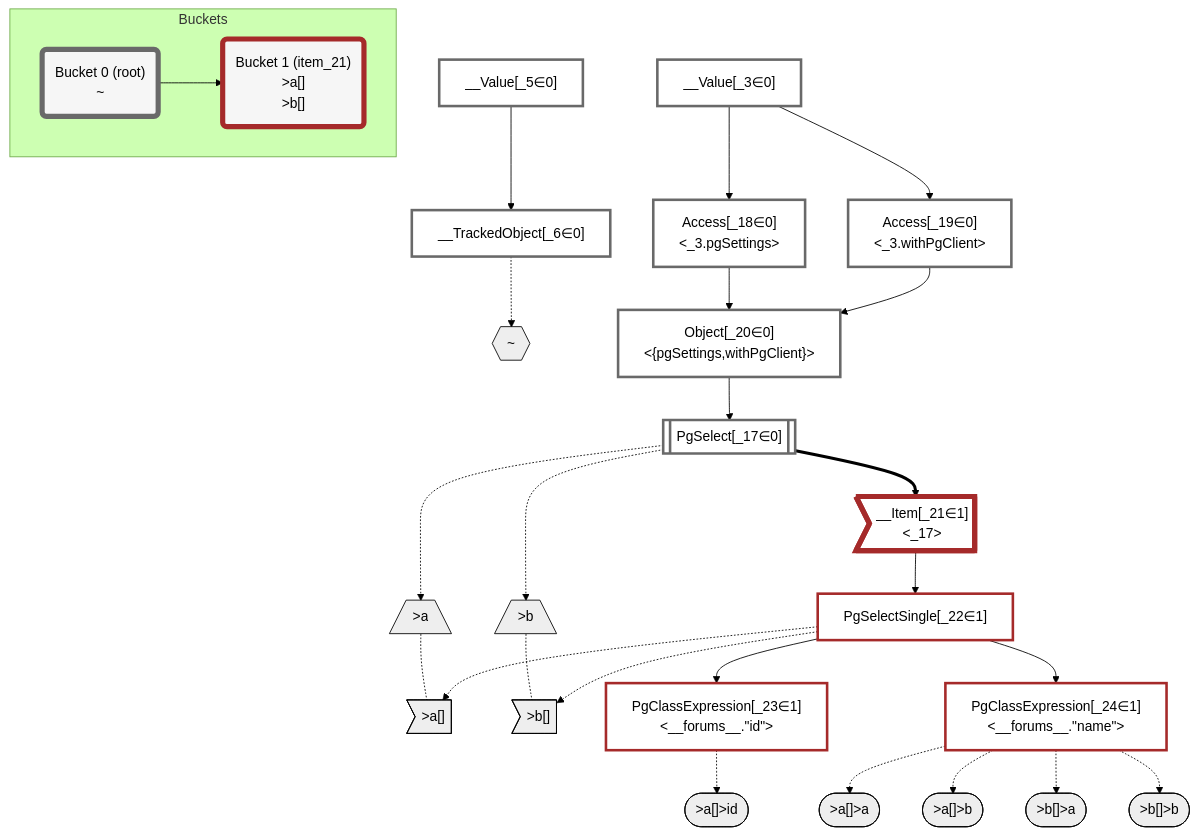
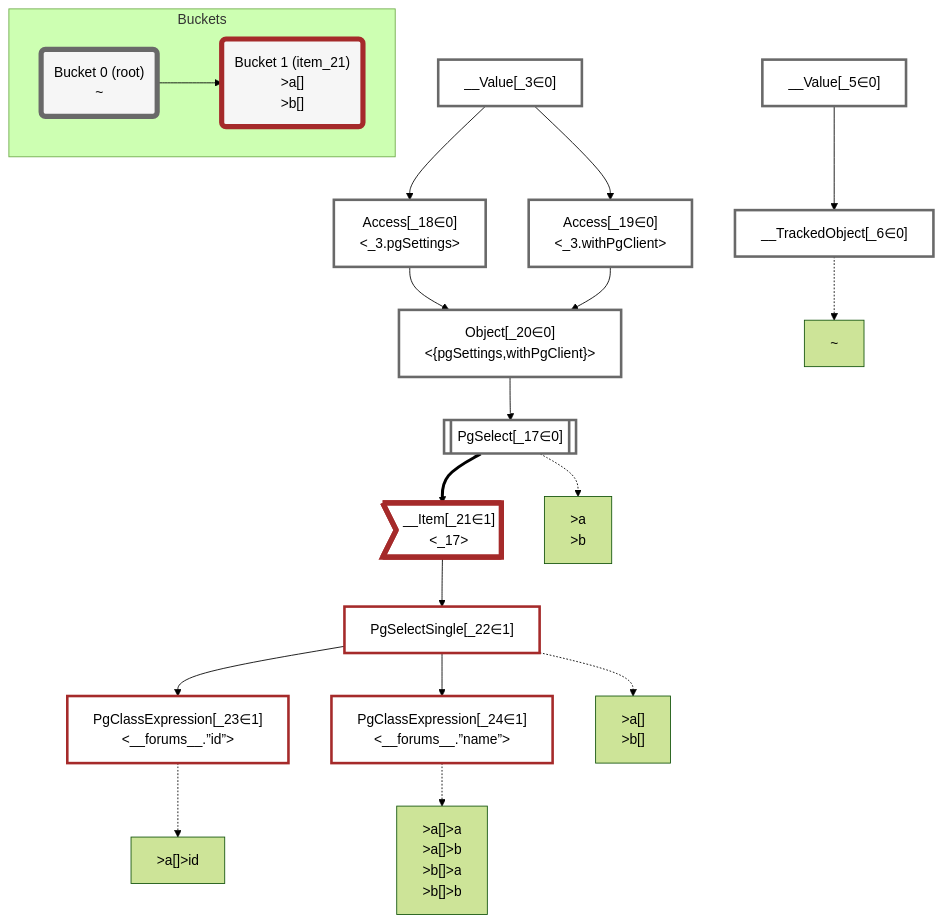
One commit to graphile/crystal changed the diagram in packages/dataplan-pg/__tests__/queries/super-simple/many-field-aliases-and-mismatched-fields.deopt.mermaid.md. Above: the diagram before and after it, drawn with Mermaid (forest theme). The commit also changed 195 other files, not shown here.

````diff
--- a/packages/dataplan-pg/__tests__/queries/super-simple/many-field-aliases-and-mismatched-fields.deopt.mermaid.md
+++ b/packages/dataplan-pg/__tests__/queries/super-simple/many-field-aliases-and-mismatched-fields.deopt.mermaid.md
@@ -1,81 +1,60 @@
 ```mermaid
 graph TD
     classDef path fill:#eee,stroke:#000,color:#000
     classDef plan fill:#fff,stroke-width:3px,color:#000
     classDef itemplan fill:#fff,stroke-width:6px,color:#000
     classDef sideeffectplan fill:#f00,stroke-width:6px,color:#000
     classDef bucket fill:#f6f6f6,color:#000,stroke-width:6px
 
-    %% subgraph fields
-    P1{{"~"}}:::path
-    P2[/">a"\]:::path
-    P3>">a[]"]:::path
-    P2 -.- P3
-    P4([">a[]>id"]):::path
-    %% P3 -.-> P4
-    P5([">a[]>a"]):::path
-    %% P3 -.-> P5
-    P6([">a[]>b"]):::path
-    %% P3 -.-> P6
-    %% P1 -.-> P2
-    P7[/">b"\]:::path
-    P8>">b[]"]:::path
-    P7 -.- P8
-    P9([">b[]>a"]):::path
-    %% P8 -.-> P9
-    P10([">b[]>b"]):::path
-    %% P8 -.-> P10
-    %% P1 -.-> P7
-    %% end
 
     %% define plans
     __Value_3["__Value[_3∈0]<br /><context>"]:::plan
     __Value_5["__Value[_5∈0]<br /><rootValue>"]:::plan
     __TrackedObject_6["__TrackedObject[_6∈0]"]:::plan
     PgSelect_17[["PgSelect[_17∈0]<br /><forums>"]]:::plan
     Access_18["Access[_18∈0]<br /><_3.pgSettings>"]:::plan
     Access_19["Access[_19∈0]<br /><_3.withPgClient>"]:::plan
     Object_20["Object[_20∈0]<br /><{pgSettings,withPgClient}>"]:::plan
     __Item_21>"__Item[_21∈1]<br /><_17>"]:::itemplan
     PgSelectSingle_22["PgSelectSingle[_22∈1]<br /><forums>"]:::plan
-    PgClassExpression_23["PgClassExpression[_23∈1]<br /><__forums__.#quot;id#quot;>"]:::plan
-    PgClassExpression_24["PgClassExpression[_24∈1]<br /><__forums__.#quot;name#quot;>"]:::plan
+    PgClassExpression_23["PgClassExpression[_23∈1]<br /><__forums__.”id”>"]:::plan
+    PgClassExpression_24["PgClassExpression[_24∈1]<br /><__forums__.”name”>"]:::plan
 
     %% plan dependencies
     __Value_5 --> __TrackedObject_6
     Object_20 --> PgSelect_17
     __Value_3 --> Access_18
     __Value_3 --> Access_19
     Access_18 --> Object_20
     Access_19 --> Object_20
     PgSelect_17 ==> __Item_21
     __Item_21 --> PgSelectSingle_22
     PgSelectSingle_22 --> PgClassExpression_23
     PgSelectSingle_22 --> PgClassExpression_24
 
     %% plan-to-path relationships
+    P1["~"]
     __TrackedObject_6 -.-> P1
+    P2[">a<br />>b"]
     PgSelect_17 -.-> P2
+    P3[">a[]<br />>b[]"]
     PgSelectSingle_22 -.-> P3
+    P4[">a[]>id"]
     PgClassExpression_23 -.-> P4
+    P5[">a[]>a<br />>a[]>b<br />>b[]>a<br />>b[]>b"]
     PgClassExpression_24 -.-> P5
-    PgClassExpression_24 -.-> P6
-    PgSelect_17 -.-> P7
-    PgSelectSingle_22 -.-> P8
-    PgClassExpression_24 -.-> P9
-    PgClassExpression_24 -.-> P10
 
     %% allocate buckets
     classDef bucket0 stroke:#696969
     class __Value_3,__Value_5,__TrackedObject_6,PgSelect_17,Access_18,Access_19,Object_20 bucket0
     classDef bucket1 stroke:#a52a2a
     class __Item_21,PgSelectSingle_22,PgClassExpression_23,PgClassExpression_24 bucket1
 
     subgraph Buckets
     Bucket0("Bucket 0 (root)<br />~"):::bucket
     style Bucket0 stroke:#696969
     Bucket1("Bucket 1 (item_21)<br />>a[]<br />>b[]"):::bucket
     style Bucket1 stroke:#a52a2a
     Bucket0 --> Bucket1
     end
 ```
````
